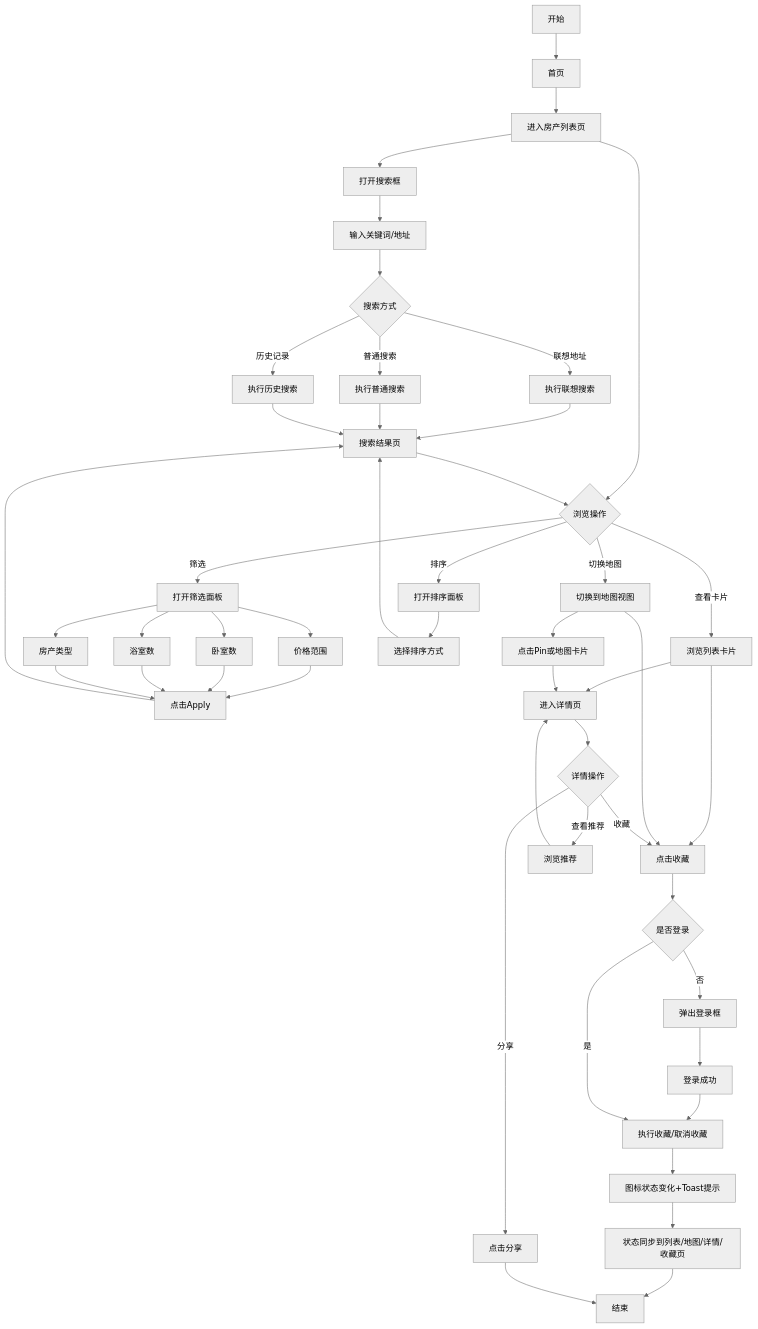
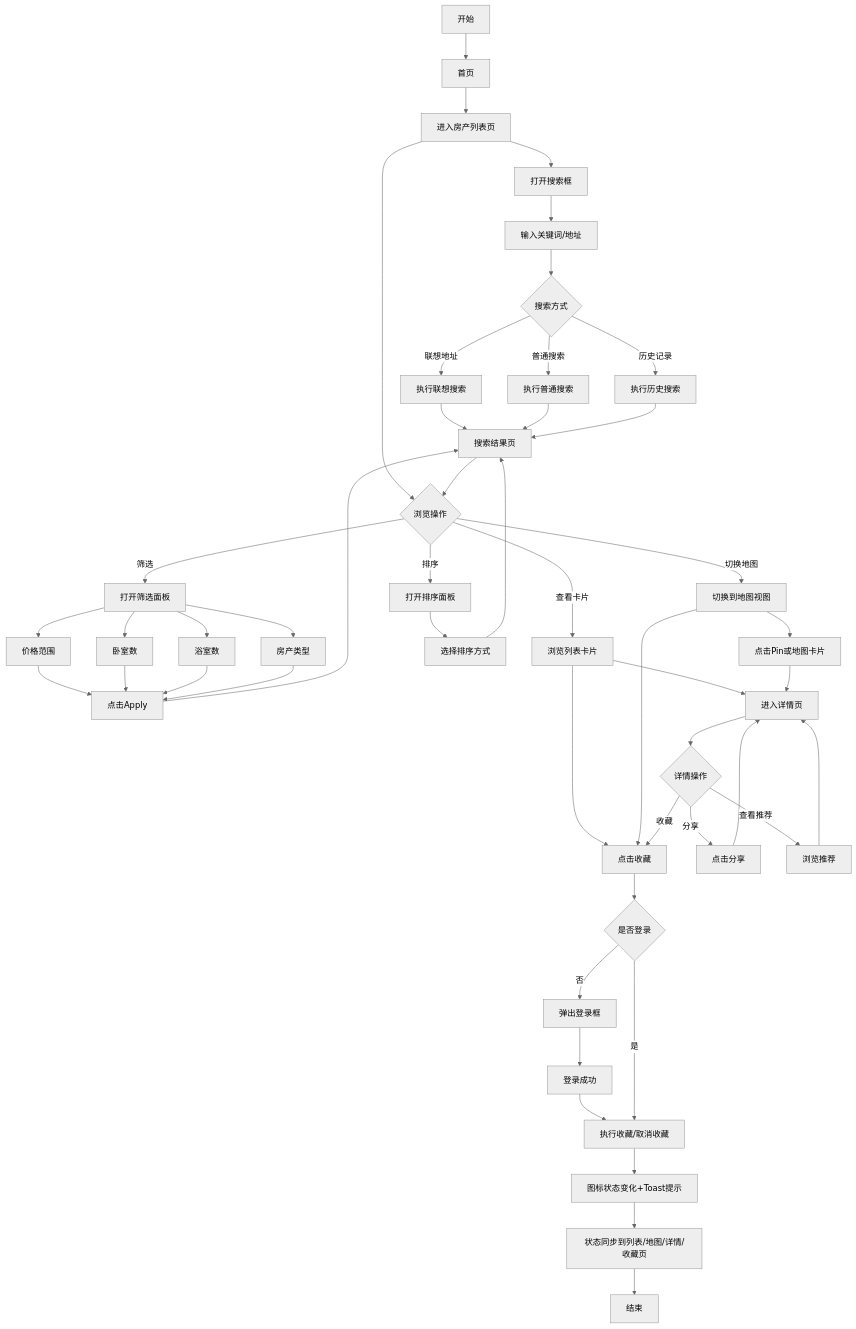
One commit to jiadan-user/jiacangku changed the diagram in bundled/knowledge_base/业务知识图谱/房产业务域/房产C端行为流程.md. Above: the diagram before and after it, drawn with Mermaid (neutral theme). The commit also changed other lines of this file, not shown here.

Commit message:
docs(房产): 调整C端分享链路回到详情页
将 C 端行为流程中的分享动作改为回流详情页，并补充对应说明，确保分享后的浏览与互动链路描述一致。

Made-with: Cursor

````diff
--- a/bundled/knowledge_base/业务知识图谱/房产业务域/房产C端行为流程.md
+++ b/bundled/knowledge_base/业务知识图谱/房产业务域/房产C端行为流程.md
@@ -9,58 +9,58 @@
 ```mermaid
 graph TD
     Start[开始] --> Home[首页]
     Home --> Entry[进入房产列表页]
 
     Entry --> SearchOpen[打开搜索框]
     SearchOpen --> SearchInput[输入关键词/地址]
     SearchInput --> SearchAction{搜索方式}
     SearchAction -->|联想地址| SearchAddr[执行联想搜索]
     SearchAction -->|普通搜索| SearchCommon[执行普通搜索]
     SearchAction -->|历史记录| SearchHistory[执行历史搜索]
     SearchAddr --> Result[搜索结果页]
     SearchCommon --> Result
     SearchHistory --> Result
 
     Entry --> BrowseAction{浏览操作}
     Result --> BrowseAction
     BrowseAction -->|筛选| FilterPanel[打开筛选面板]
     BrowseAction -->|排序| SortPanel[打开排序面板]
     BrowseAction -->|查看卡片| CardList[浏览列表卡片]
     BrowseAction -->|切换地图| MapView[切换到地图视图]
 
     FilterPanel --> FilterPrice[价格范围]
     FilterPanel --> FilterBeds[卧室数]
     FilterPanel --> FilterBaths[浴室数]
     FilterPanel --> FilterType[房产类型]
     FilterPrice --> FilterApply[点击Apply]
     FilterBeds --> FilterApply
     FilterBaths --> FilterApply
     FilterType --> FilterApply
     FilterApply --> Result
 
     SortPanel --> SortSelect[选择排序方式]
     SortSelect --> Result
 
     CardList --> Detail[进入详情页]
     CardList --> FavClick[列表页点击收藏]
     MapView --> MapPin[点击Pin或地图卡片]
     MapPin --> Detail
     MapView --> FavClick[地图页点击收藏]
 
     Detail --> DetailAction{详情操作}
     DetailAction -->|收藏| FavClick[点击收藏]
     DetailAction -->|分享| Share[点击分享]
     DetailAction -->|查看推荐| Recommend[浏览推荐]
     Recommend --> Detail
 
     FavClick --> LoginCheck{是否登录}
     LoginCheck -->|否| LoginPopup[弹出登录框]
     LoginPopup --> LoginDone[登录成功]
     LoginDone --> FavToggle[执行收藏/取消收藏]
     LoginCheck -->|是| FavToggle
 
     FavToggle --> FavState[图标状态变化+Toast提示]
     FavState --> FavSync[状态同步到列表/地图/详情/收藏页]
     FavSync --> End[结束]
-    Share --> End
+    Share --> Detail
 ```
````
